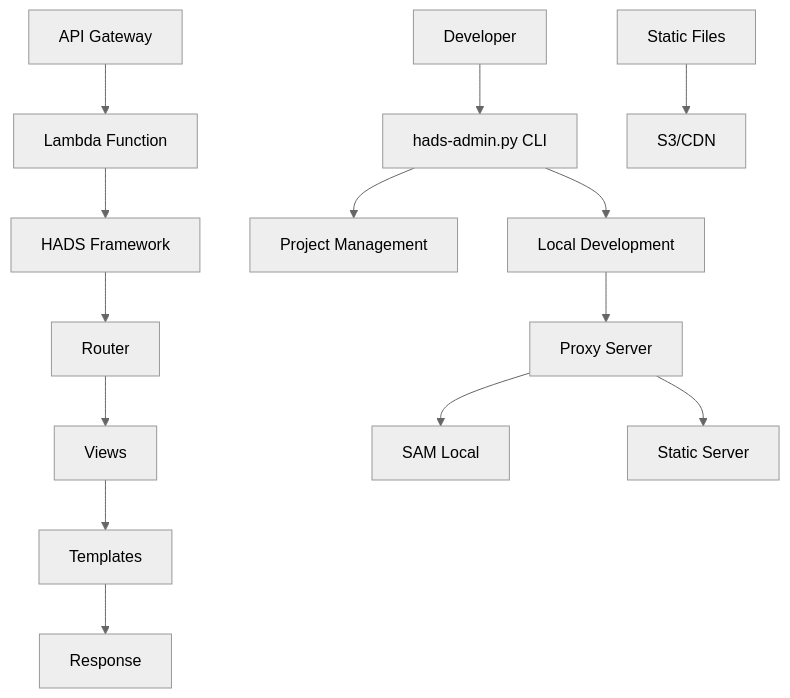
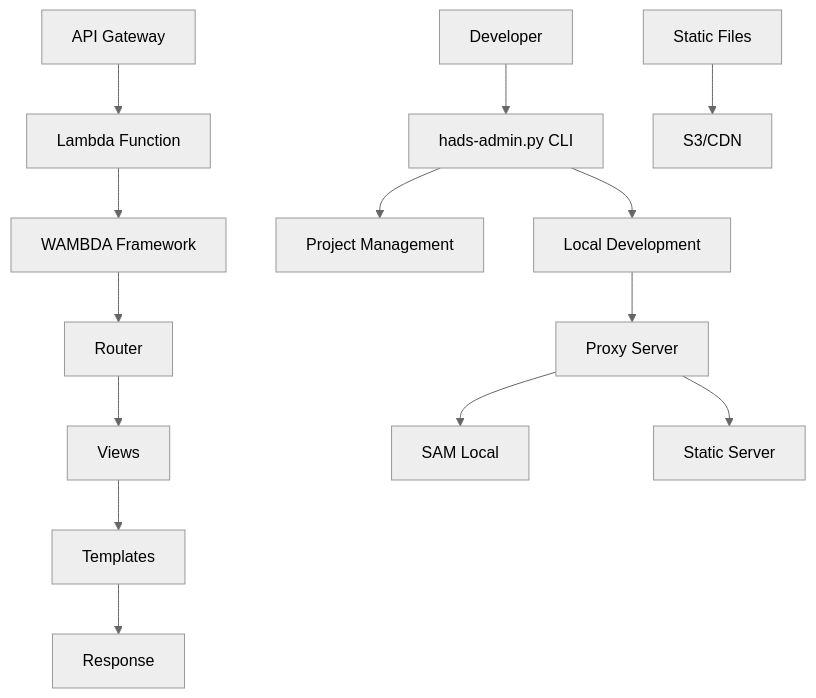
The diagram in design/01_overview.md (h-akira/wambda), drawn with Mermaid (neutral theme) before and after one commit. The commit also changed other lines of this file and 31 other files, not shown here.

````diff
--- a/design/01_overview.md
+++ b/design/01_overview.md
@@ -16,18 +16,18 @@
 ```mermaid
 graph TD
     A[Developer] --> B[hads-admin.py CLI]
     B --> C[Local Development]
     B --> D[Project Management]
     
     E[API Gateway] --> F[Lambda Function] 
-    F --> G[HADS Framework]
+    F --> G[WAMBDA Framework]
     G --> H[Router]
     H --> I[Views]
     I --> J[Templates]
     J --> K[Response]
     
     L[Static Files] --> M[S3/CDN]
     C --> N[Proxy Server]
     N --> O[SAM Local]
     N --> P[Static Server]
 ```
````
